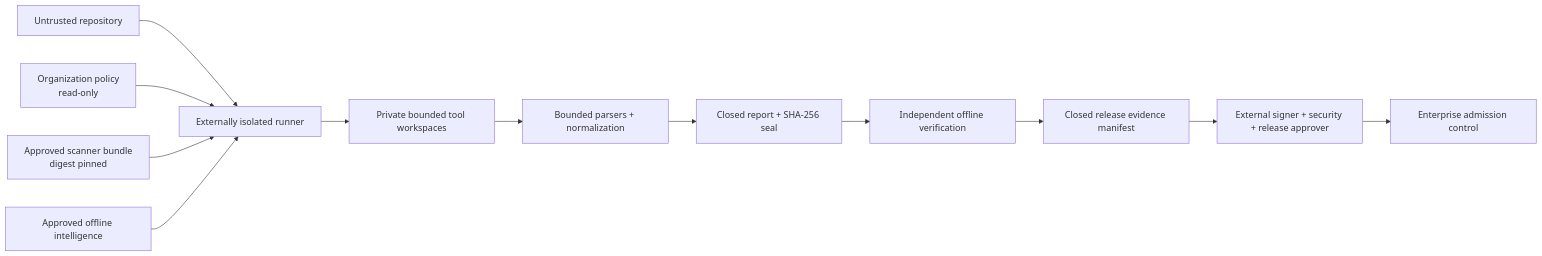
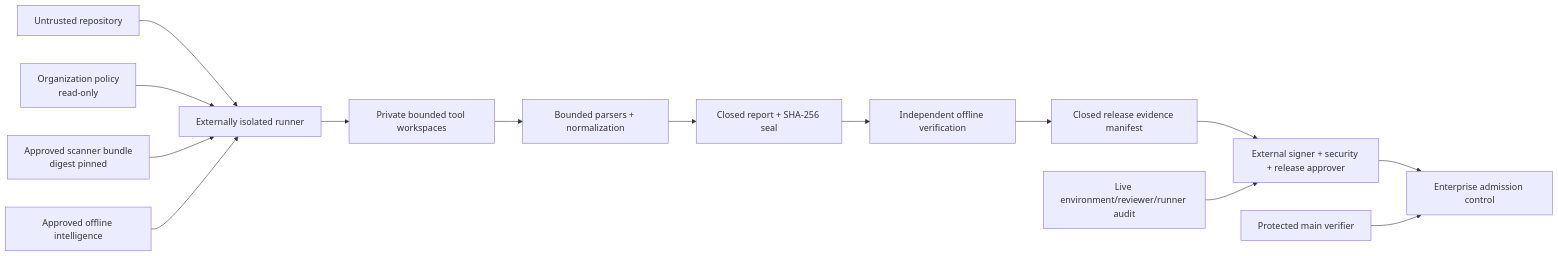
Before and after one commit to willtran87/project-py-security-suite: the diagram in docs/threat-model.md, drawn with Mermaid. The commit also changed other lines of this file and 68 other files, not shown here.

````diff
--- a/docs/threat-model.md
+++ b/docs/threat-model.md
@@ -10,14 +10,16 @@
 ```mermaid
 flowchart LR
     Repo["Untrusted repository"] --> Runner["Externally isolated runner"]
     Policy["Organization policy<br/>read-only"] --> Runner
     Tools["Approved scanner bundle<br/>digest pinned"] --> Runner
     Intel["Approved offline intelligence"] --> Runner
     Runner --> Raw["Private bounded tool workspaces"]
     Raw --> Normalize["Bounded parsers + normalization"]
     Normalize --> Report["Closed report + SHA-256 seal"]
     Report --> Verify["Independent offline verification"]
     Verify --> Manifest["Closed release evidence manifest"]
     Manifest --> Authority["External signer + security + release approver"]
     Authority --> Admission["Enterprise admission control"]
+    TrustedVerifier["Protected main verifier"] --> Admission
+    ControlAudit["Live environment/reviewer/runner audit"] --> Authority
 ```
````
